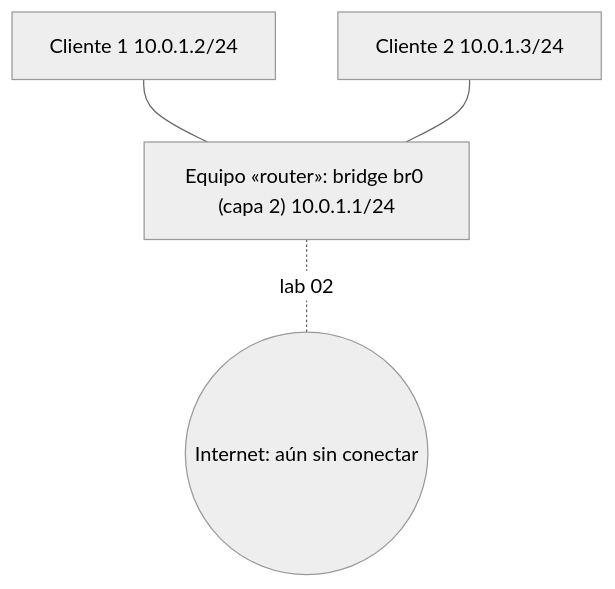
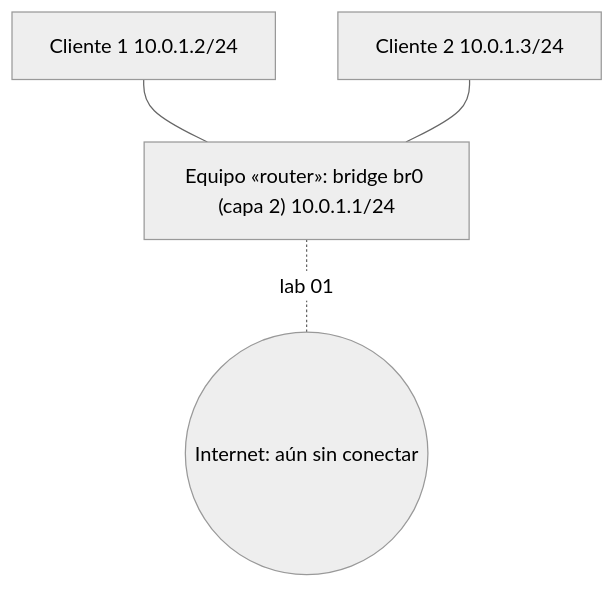
Before and after one commit to asideloko/Networking-Lab: the diagram in docs/labs/lab-01/index.md, drawn with Mermaid (neutral theme). The commit also changed other lines of this file and 15 other files, not shown here.

````diff
--- a/docs/labs/lab-01/index.md
+++ b/docs/labs/lab-01/index.md
@@ -41,10 +42,10 @@
 ```mermaid
 graph TB
     C1[Cliente 1 10.0.1.2/24]
     C2[Cliente 2 10.0.1.3/24]
     R["Equipo «router»: bridge br0 (capa 2) 10.0.1.1/24"]
     Internet((Internet: aún sin conectar))
     C1 --- R
     C2 --- R
-    R -. "lab 02" .- Internet
+    R -. "lab 01" .- Internet
 ```
````
